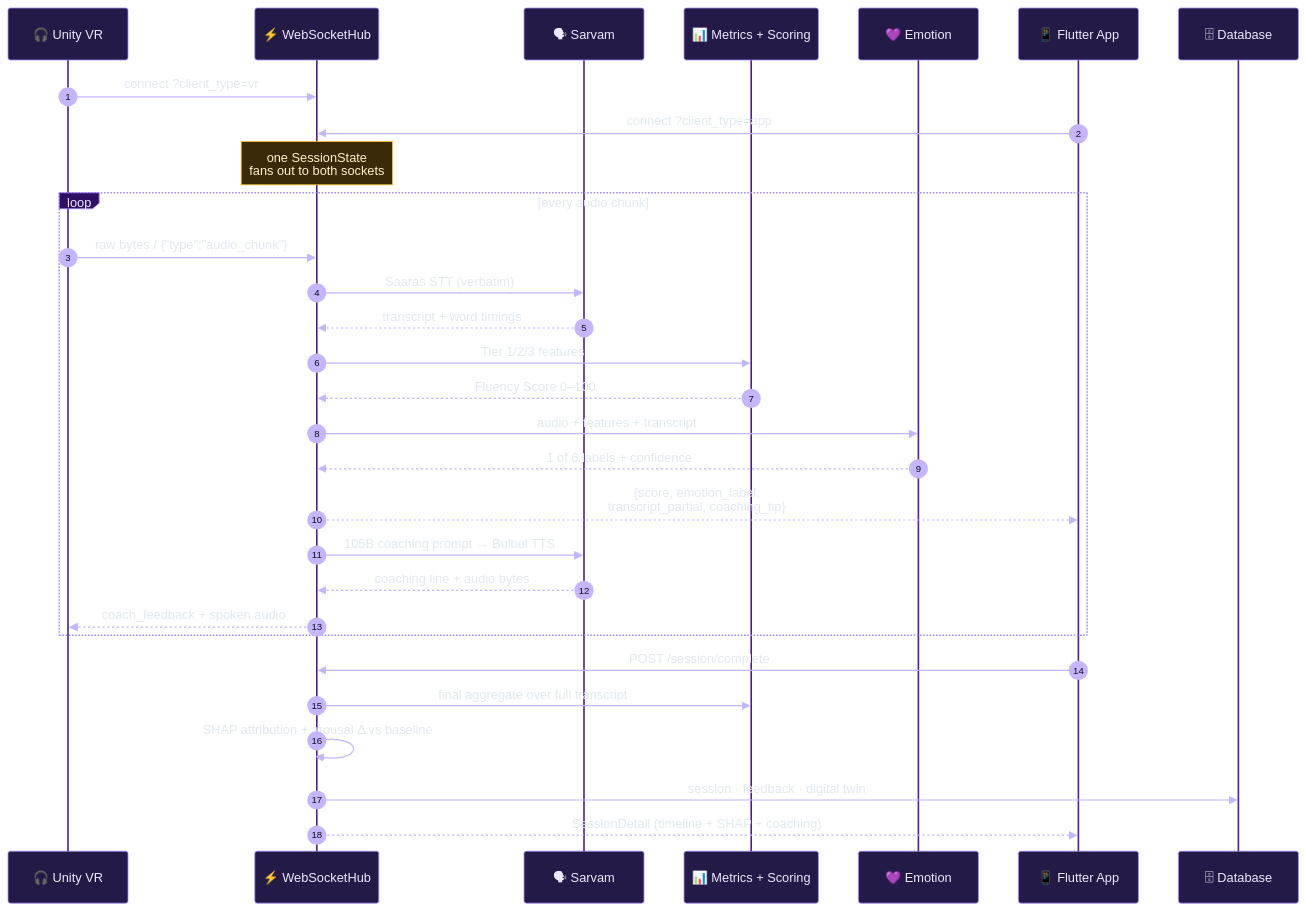
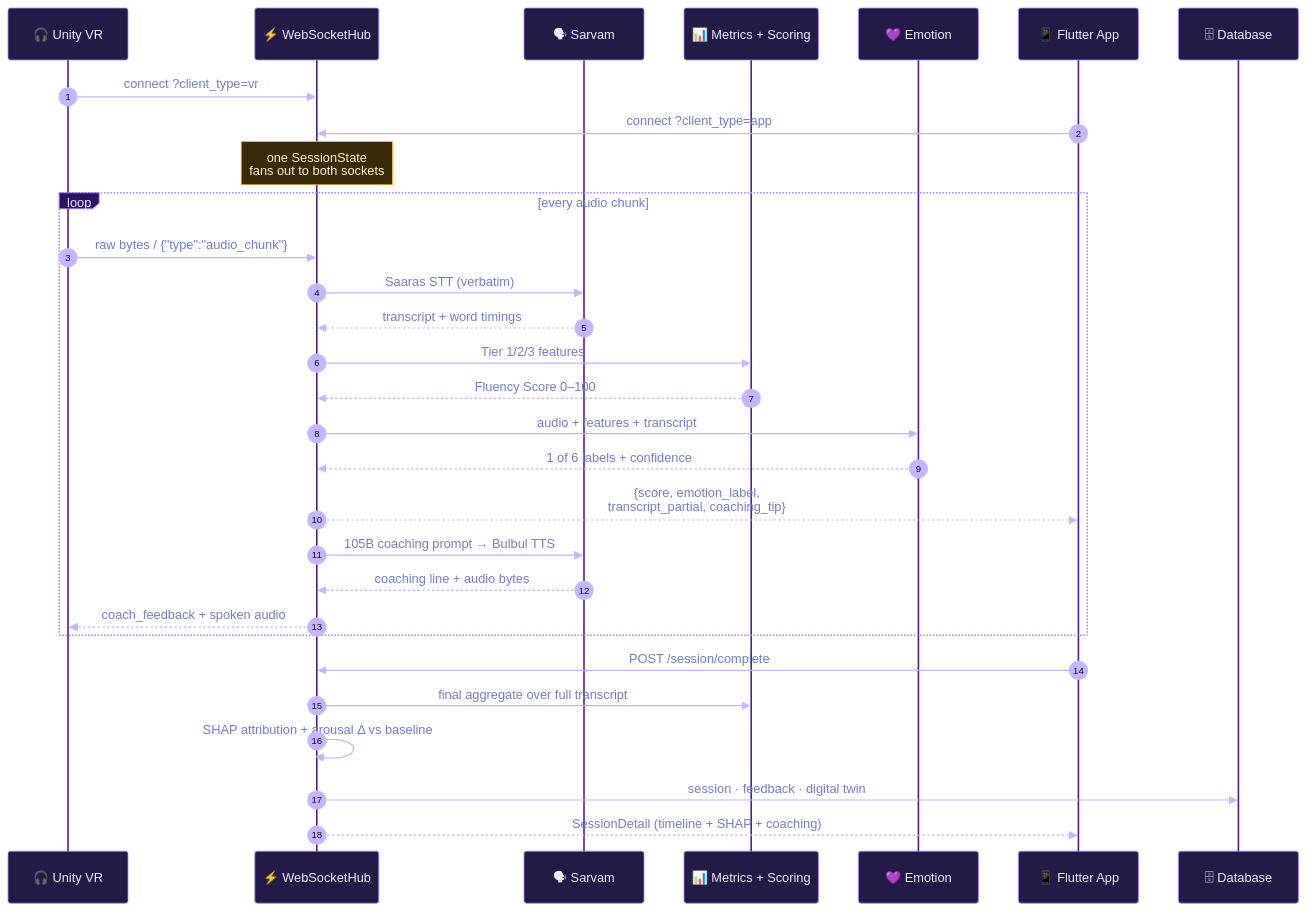
Before and after one commit to vaibhav700c/Anubhav: the second of 5 diagrams in README.md, drawn with Mermaid. The commit also changed other lines of this file, not shown here.

First line of the commit message:
fix(docs): rebuild Data Model diagram as a flowchart so its colours survive GitHub's theme

````diff
--- a/README.md
+++ b/README.md
@@ -130,36 +130,36 @@
 ```mermaid
-%%{init: {'theme':'base','themeVariables':{'fontFamily':'Inter, system-ui, sans-serif','background':'#0D1117','primaryColor':'#241A47','primaryTextColor':'#EDE9FE','primaryBorderColor':'#A78BFA','lineColor':'#A78BFA','textColor':'#E2E8F0','actorBkg':'#241A47','actorBorder':'#A78BFA','actorTextColor':'#EDE9FE','actorLineColor':'#4C1D95','signalColor':'#C4B5FD','signalTextColor':'#E2E8F0','messageLine0':'#C4B5FD','messageLine1':'#C4B5FD','messageText':'#E2E8F0','labelBoxBkgColor':'#2E1065','labelBoxBorderColor':'#A78BFA','labelTextColor':'#EDE9FE','loopTextColor':'#E2E8F0','sequenceNumberColor':'#0D0F1A','activationBkgColor':'#4C1D95','activationBorderColor':'#C4B5FD','noteBkgColor':'#3A2A0A','noteBorderColor':'#FBBF24','noteTextColor':'#FEF3C7'}}}%%
+%%{init: {'theme':'base','themeVariables':{'fontFamily':'Inter, system-ui, sans-serif','background':'#0D1117','primaryColor':'#241A47','primaryTextColor':'#EDE9FE','primaryBorderColor':'#A78BFA','lineColor':'#A78BFA','textColor':'#E2E8F0','actorBkg':'#241A47','actorBorder':'#A78BFA','actorTextColor':'#EDE9FE','actorLineColor':'#4C1D95','signalColor':'#C4B5FD','signalTextColor':'#707EC2','messageLine0':'#C4B5FD','messageLine1':'#C4B5FD','messageText':'#707EC2','labelBoxBkgColor':'#2E1065','labelBoxBorderColor':'#A78BFA','labelTextColor':'#EDE9FE','loopTextColor':'#707EC2','sequenceNumberColor':'#0D0F1A','activationBkgColor':'#4C1D95','activationBorderColor':'#C4B5FD','noteBkgColor':'#3A2A0A','noteBorderColor':'#FBBF24','noteTextColor':'#FEF3C7'}}}%%
 sequenceDiagram
     autonumber
     participant VR as 🎧 Unity VR
     participant HUB as ⚡ WebSocketHub
     participant SAR as 🗣 Sarvam
     participant MET as 📊 Metrics + Scoring
     participant EMO as 💜 Emotion
     participant APP as 📱 Flutter App
     participant DB as 🗄 Database
 
     VR->>HUB: connect ?client_type=vr
     APP->>HUB: connect ?client_type=app
     Note over HUB: one SessionState<br/>fans out to both sockets
 
     loop every audio chunk
         VR->>HUB: raw bytes / {"type":"audio_chunk"}
         HUB->>SAR: Saaras STT (verbatim)
         SAR-->>HUB: transcript + word timings
         HUB->>MET: Tier 1/2/3 features
         MET-->>HUB: Fluency Score 0–100
         HUB->>EMO: audio + features + transcript
         EMO-->>HUB: 1 of 6 labels + confidence
         HUB-->>APP: {score, emotion_label,<br/>transcript_partial, coaching_tip}
         HUB->>SAR: 105B coaching prompt → Bulbul TTS
         SAR-->>HUB: coaching line + audio bytes
         HUB-->>VR: coach_feedback + spoken audio
     end
 
     APP->>HUB: POST /session/complete
     HUB->>MET: final aggregate over full transcript
     HUB->>HUB: SHAP attribution + arousal Δ vs baseline
     HUB->>DB: session · feedback · digital twin
     HUB-->>APP: SessionDetail (timeline + SHAP + coaching)
 ```
````
